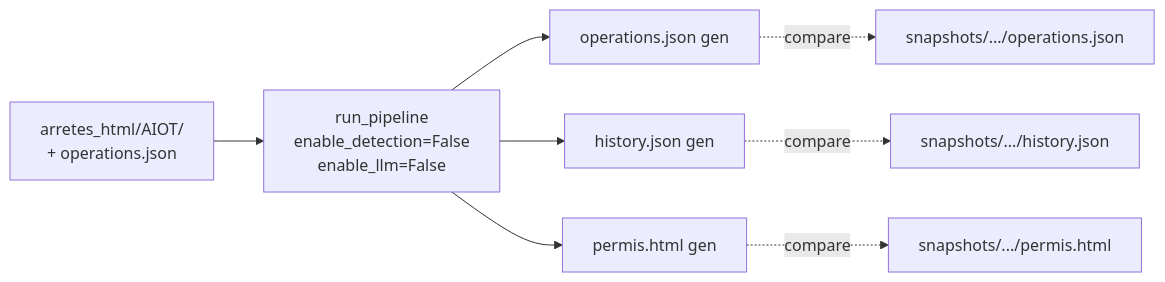
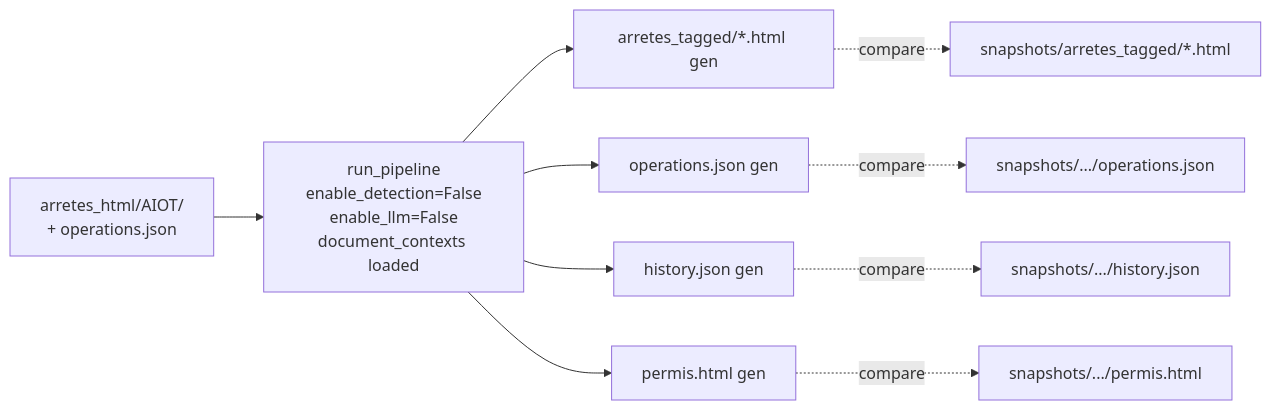
One commit to mte-dgpr/ocapi changed the diagram in docs/snapshot-testing.md. Above: the diagram before and after it, drawn with Mermaid. The commit also changed other lines of this file and 13 other files, not shown here.

````diff
--- a/docs/snapshot-testing.md
+++ b/docs/snapshot-testing.md
@@ -69,10 +75,12 @@
 ```mermaid
 flowchart LR
-  fixt["arretes_html/AIOT/<br/>+ operations.json"] --> pipe["run_pipeline<br/>enable_detection=False<br/>enable_llm=False"]
+   fixt["arretes_html/AIOT/<br/>+ operations.json"] --> pipe["run_pipeline<br/>enable_detection=False<br/>enable_llm=False<br/>document_contexts loaded"]
+   pipe --> tagged[arretes_tagged/*.html gen]
   pipe --> ops[operations.json gen]
   pipe --> hist[history.json gen]
   pipe --> permis[permis.html gen]
+   tagged -.compare.-> exp_tagged[snapshots/arretes_tagged/*.html]
   ops -.compare.-> exp_ops[snapshots/.../operations.json]
   hist -.compare.-> exp_hist[snapshots/.../history.json]
   permis -.compare.-> exp_html[snapshots/.../permis.html]
 ```
````
